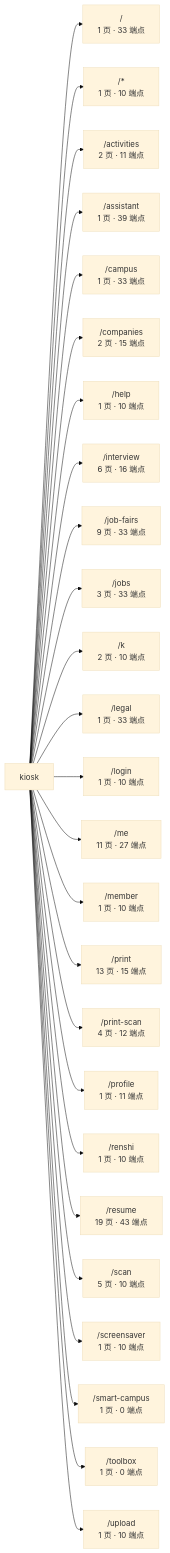
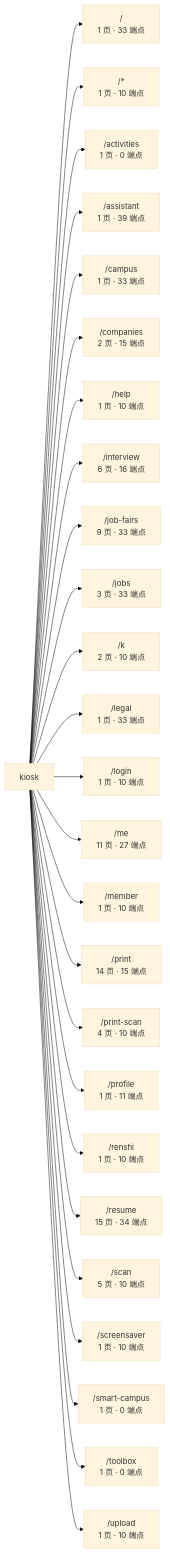
The first of 3 diagrams in docs/graph/routes.md (wanglei581/YITIJI), drawn with Mermaid (base theme) before and after one commit. The commit also changed other lines of this file and 88 other files, not shown here.

````diff
--- a/docs/graph/routes.md
+++ b/docs/graph/routes.md
@@ -17,29 +17,29 @@
 ```mermaid
 flowchart LR
   app["kiosk"]
   app --> _root_["/<br/>1 页 · 33 端点"]
   app --> _["/*<br/>1 页 · 10 端点"]
-  app --> activities["/activities<br/>2 页 · 11 端点"]
+  app --> activities["/activities<br/>1 页 · 0 端点"]
   app --> assistant["/assistant<br/>1 页 · 39 端点"]
   app --> campus["/campus<br/>1 页 · 33 端点"]
   app --> companies["/companies<br/>2 页 · 15 端点"]
   app --> help["/help<br/>1 页 · 10 端点"]
   app --> interview["/interview<br/>6 页 · 16 端点"]
   app --> job_fairs["/job-fairs<br/>9 页 · 33 端点"]
   app --> jobs["/jobs<br/>3 页 · 33 端点"]
   app --> k["/k<br/>2 页 · 10 端点"]
   app --> legal["/legal<br/>1 页 · 33 端点"]
   app --> login["/login<br/>1 页 · 10 端点"]
   app --> me["/me<br/>11 页 · 27 端点"]
   app --> member["/member<br/>1 页 · 10 端点"]
-  app --> print["/print<br/>13 页 · 15 端点"]
-  app --> print_scan["/print-scan<br/>4 页 · 12 端点"]
+  app --> print["/print<br/>14 页 · 15 端点"]
+  app --> print_scan["/print-scan<br/>4 页 · 10 端点"]
   app --> profile["/profile<br/>1 页 · 11 端点"]
   app --> renshi["/renshi<br/>1 页 · 10 端点"]
-  app --> resume["/resume<br/>19 页 · 43 端点"]
+  app --> resume["/resume<br/>15 页 · 34 端点"]
   app --> scan["/scan<br/>5 页 · 10 端点"]
   app --> screensaver["/screensaver<br/>1 页 · 10 端点"]
   app --> smart_campus["/smart-campus<br/>1 页 · 0 端点"]
   app --> toolbox["/toolbox<br/>1 页 · 0 端点"]
   app --> upload["/upload<br/>1 页 · 10 端点"]
 ```
````
